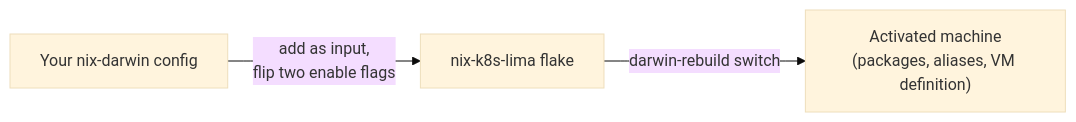
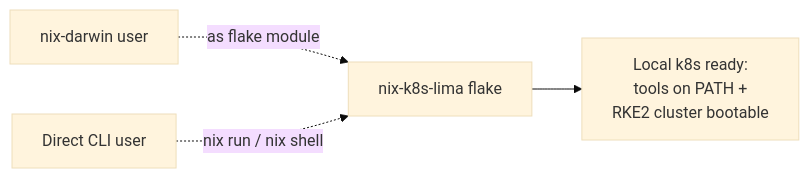
The first of 6 diagrams in README.md (jsandov/nix-k8s-lima), drawn with Mermaid (base theme) before and after one commit. The commit also changed other lines of this file, not shown here.

First line of the commit message:
docs: rewrite README for the new CLI surface

````diff
--- a/README.md
+++ b/README.md
@@ -11,5 +19,6 @@
 ```mermaid
 flowchart LR
-    A["Your nix-darwin config"] -->|"add as input,<br/>flip two enable flags"| B["nix-k8s-lima flake"]
-    B -->|"darwin-rebuild switch"| C["Activated machine<br/>(packages, aliases, VM definition)"]
+    A1["nix-darwin user"] -.->|"as flake module"| B
+    A2["Direct CLI user"] -.->|"nix run / nix shell"| B
+    B["nix-k8s-lima flake"] --> C["Local k8s ready:<br/>tools on PATH +<br/>RKE2 cluster bootable"]
 ```
````
